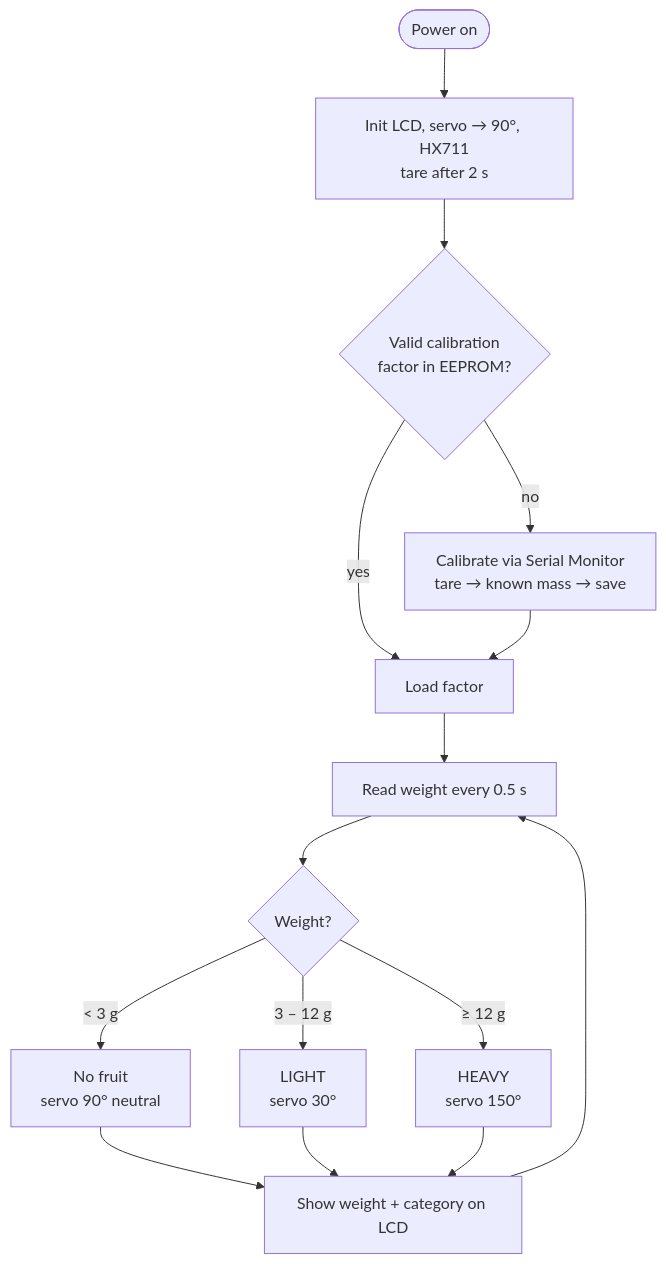
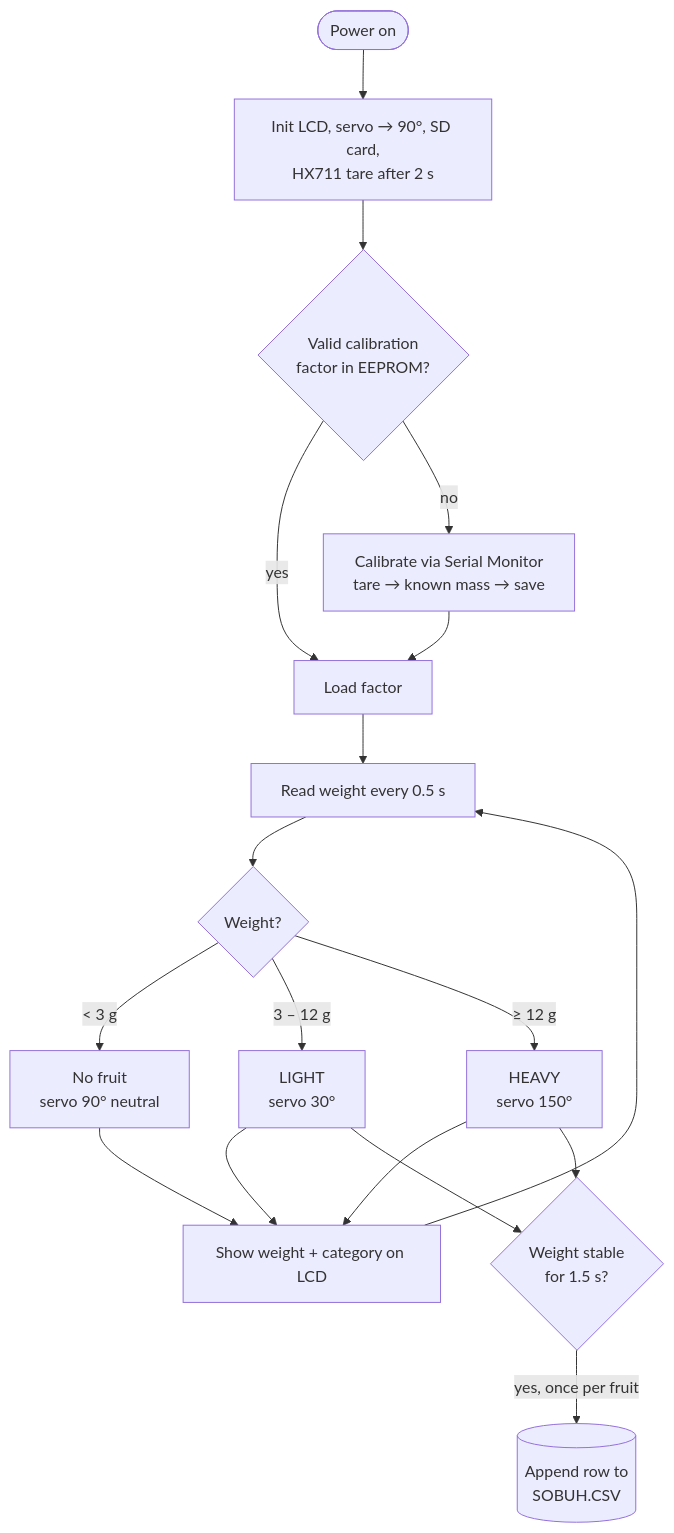
The diagram in README.md (regiamuhammad/sobuh-fruit-sorter), drawn with Mermaid before and after one commit. The commit also changed other lines of this file and 5 other files, not shown here.

````diff
--- a/README.md
+++ b/README.md
@@ -51,15 +58,17 @@
 ```mermaid
 flowchart TD
-    A([Power on]) --> B[Init LCD, servo → 90°, HX711<br/>tare after 2 s]
+    A([Power on]) --> B[Init LCD, servo → 90°, SD card,<br/>HX711 tare after 2 s]
     B --> C{Valid calibration<br/>factor in EEPROM?}
     C -- yes --> D[Load factor]
     C -- no --> E[Calibrate via Serial Monitor<br/>tare → known mass → save]
     E --> D
     D --> F[Read weight every 0.5 s]
     F --> G{Weight?}
     G -- "< 3 g" --> H[No fruit<br/>servo 90° neutral]
     G -- "3 – 12 g" --> I[LIGHT<br/>servo 30°]
     G -- "≥ 12 g" --> J[HEAVY<br/>servo 150°]
     H & I & J --> K[Show weight + category on LCD]
+    I & J --> L{Weight stable<br/>for 1.5 s?}
+    L -- "yes, once per fruit" --> M[(Append row to<br/>SOBUH.CSV)]
     K --> F
 ```
````
